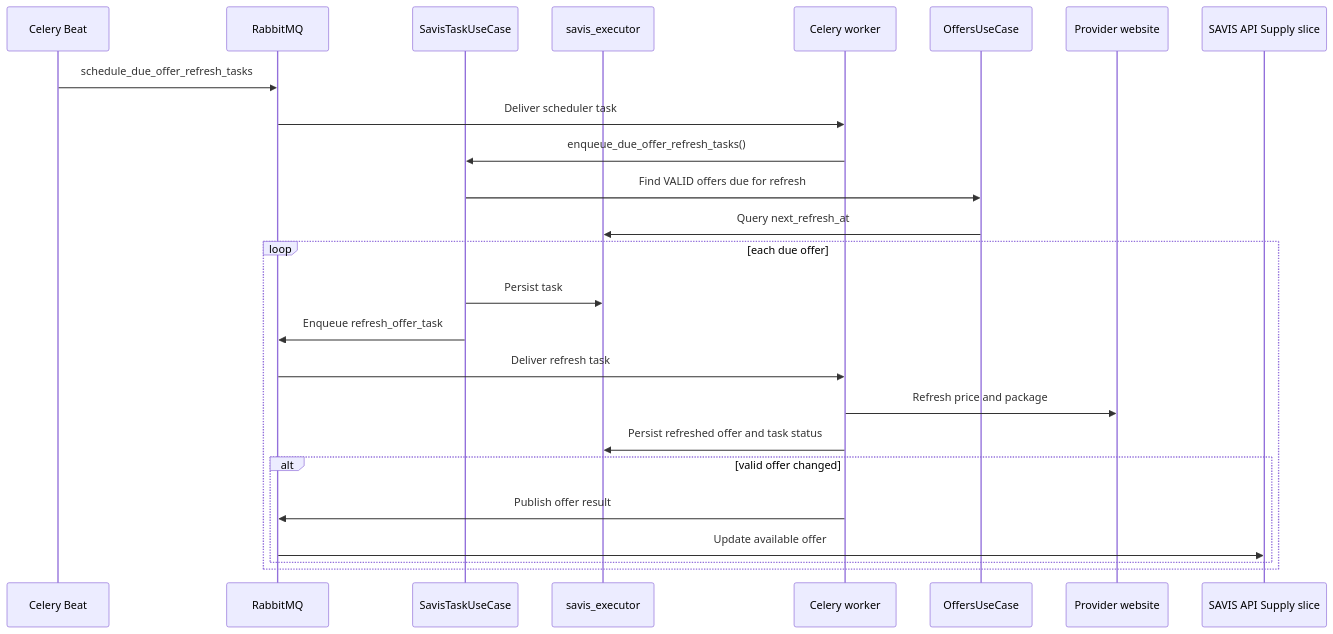
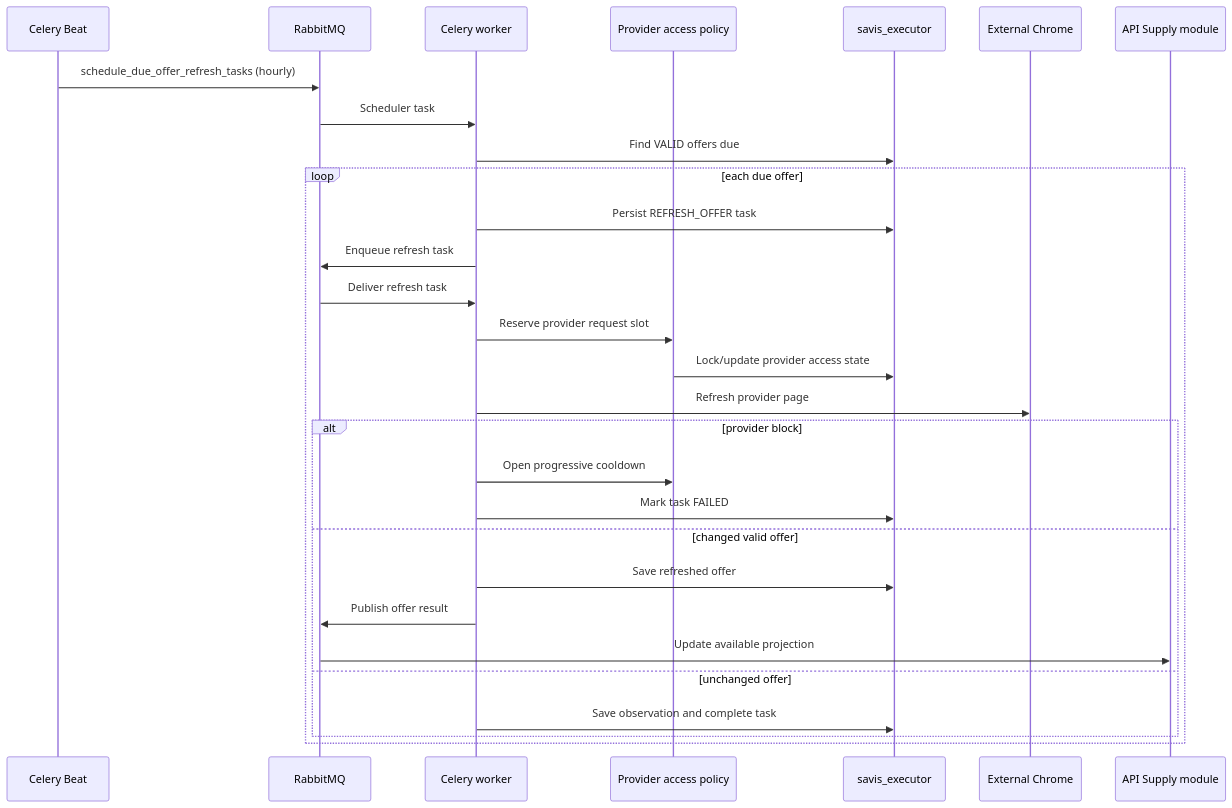
One commit to wiljeanlouis/savis changed diagram 11 of 17 in docs/ARCHITECTURE.md. Above: the diagram before and after it, drawn with Mermaid. The commit also changed other lines of this file and 4 other files, not shown here.

First line of the commit message:
docs: Enhance documentation across SAVIS components with navigation sections, clarify API behaviors, and update configuration details. (#7)

````diff
--- a/docs/ARCHITECTURE.md
+++ b/docs/ARCHITECTURE.md
@@ -366,28 +570,32 @@
 ```mermaid
 sequenceDiagram
   participant Beat as Celery Beat
   participant Rabbit as RabbitMQ
-  participant TaskUseCase as SavisTaskUseCase
+  participant Worker as Celery worker
+  participant Policy as Provider access policy
   participant PgExec as savis_executor
-  participant Worker as Celery worker
-  participant Offers as OffersUseCase
-  participant Provider as Provider website
-  participant Supply as SAVIS API Supply slice
+  participant Chrome as External Chrome
+  participant Supply as API Supply module
 
-  Beat->>Rabbit: schedule_due_offer_refresh_tasks
-  Rabbit->>Worker: Deliver scheduler task
-  Worker->>TaskUseCase: enqueue_due_offer_refresh_tasks()
-  TaskUseCase->>Offers: Find VALID offers due for refresh
-  Offers->>PgExec: Query next_refresh_at
+  Beat->>Rabbit: schedule_due_offer_refresh_tasks (hourly)
+  Rabbit->>Worker: Scheduler task
+  Worker->>PgExec: Find VALID offers due
   loop each due offer
-    TaskUseCase->>PgExec: Persist task
-    TaskUseCase->>Rabbit: Enqueue refresh_offer_task
+    Worker->>PgExec: Persist REFRESH_OFFER task
+    Worker->>Rabbit: Enqueue refresh task
     Rabbit->>Worker: Deliver refresh task
-    Worker->>Provider: Refresh price and package
-    Worker->>PgExec: Persist refreshed offer and task status
-    alt valid offer changed
+    Worker->>Policy: Reserve provider request slot
+    Policy->>PgExec: Lock/update provider access state
+    Worker->>Chrome: Refresh provider page
+    alt provider block
+      Worker->>Policy: Open progressive cooldown
+      Worker->>PgExec: Mark task FAILED
+    else changed valid offer
+      Worker->>PgExec: Save refreshed offer
       Worker->>Rabbit: Publish offer result
-      Rabbit->>Supply: Update available offer
+      Rabbit->>Supply: Update available projection
+    else unchanged offer
+      Worker->>PgExec: Save observation and complete task
     end
   end
 ```
````
